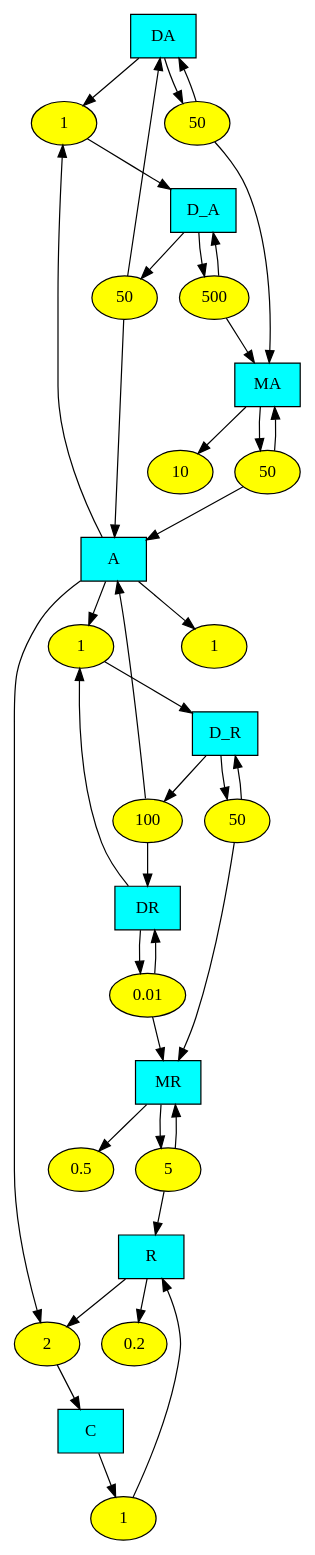
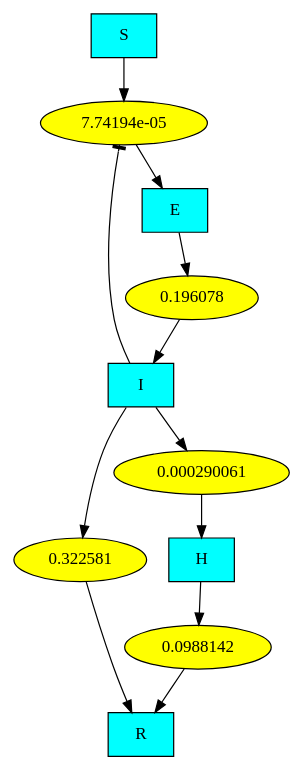
One commit to kristiantg/sp_Assignment_21 changed the diagram in sP_kristiantgregersen/graph.dot. Above: the diagram before and after it, drawn with Graphviz. The commit also changed 8 other files, not shown here.

```diff
--- a/sP_kristiantgregersen/graph.dot
+++ b/sP_kristiantgregersen/graph.dot
@@ -1,65 +1,22 @@
-digraph {s0[label="DA",shape="box",style="filled",fillcolor="cyan"];
-s1[label="D_A",shape="box",style="filled",fillcolor="cyan"];
-s2[label="DR",shape="box",style="filled",fillcolor="cyan"];
-s3[label="D_R",shape="box",style="filled",fillcolor="cyan"];
-s4[label="MA",shape="box",style="filled",fillcolor="cyan"];
-s5[label="MR",shape="box",style="filled",fillcolor="cyan"];
-s6[label="A",shape="box",style="filled",fillcolor="cyan"];
-s7[label="R",shape="box",style="filled",fillcolor="cyan"];
-s8[label="C",shape="box",style="filled",fillcolor="cyan"];
-r0[label="1",shape="oval",style="filled",fillcolor="yellow"];
+digraph {s0[label="S",shape="box",style="filled",fillcolor="cyan"];
+s1[label="E",shape="box",style="filled",fillcolor="cyan"];
+s2[label="I",shape="box",style="filled",fillcolor="cyan"];
+s3[label="H",shape="box",style="filled",fillcolor="cyan"];
+s4[label="R",shape="box",style="filled",fillcolor="cyan"];
+r0[label="7.74194e-05",shape="oval",style="filled",fillcolor="yellow"];
+s2 -> r0[arrowhead="tee"];
 s0 -> r0
-s6 -> r0
 r0 -> s1
-r1[label="50",shape="oval",style="filled",fillcolor="yellow"];
+r1[label="0.196078",shape="oval",style="filled",fillcolor="yellow"];
 s1 -> r1
-r1 -> s6
-r1 -> s0
-r2[label="1",shape="oval",style="filled",fillcolor="yellow"];
+r1 -> s2
+r2[label="0.322581",shape="oval",style="filled",fillcolor="yellow"];
 s2 -> r2
-s6 -> r2
-r2 -> s3
-r3[label="100",shape="oval",style="filled",fillcolor="yellow"];
-s3 -> r3
-r3 -> s6
-r3 -> s2
-r4[label="500",shape="oval",style="filled",fillcolor="yellow"];
-s1 -> r4
-r4 -> s1
+r2 -> s4
+r3[label="0.000290061",shape="oval",style="filled",fillcolor="yellow"];
+s2 -> r3
+r3 -> s3
+r4[label="0.0988142",shape="oval",style="filled",fillcolor="yellow"];
+s3 -> r4
 r4 -> s4
-r5[label="50",shape="oval",style="filled",fillcolor="yellow"];
-s0 -> r5
-r5 -> s0
-r5 -> s4
-r6[label="50",shape="oval",style="filled",fillcolor="yellow"];
-s3 -> r6
-r6 -> s3
-r6 -> s5
-r7[label="0.01",shape="oval",style="filled",fillcolor="yellow"];
-s2 -> r7
-r7 -> s2
-r7 -> s5
-r8[label="50",shape="oval",style="filled",fillcolor="yellow"];
-s4 -> r8
-r8 -> s6
-r8 -> s4
-r9[label="5",shape="oval",style="filled",fillcolor="yellow"];
-s5 -> r9
-r9 -> s7
-r9 -> s5
-r10[label="2",shape="oval",style="filled",fillcolor="yellow"];
-s7 -> r10
-s6 -> r10
-r10 -> s8
-r11[label="1",shape="oval",style="filled",fillcolor="yellow"];
-s8 -> r11
-r11 -> s7
-r12[label="1",shape="oval",style="filled",fillcolor="yellow"];
-s6 -> r12
-r13[label="0.2",shape="oval",style="filled",fillcolor="yellow"];
-s7 -> r13
-r14[label="10",shape="oval",style="filled",fillcolor="yellow"];
-s4 -> r14
-r15[label="0.5",shape="oval",style="filled",fillcolor="yellow"];
-s5 -> r15
 }
```
